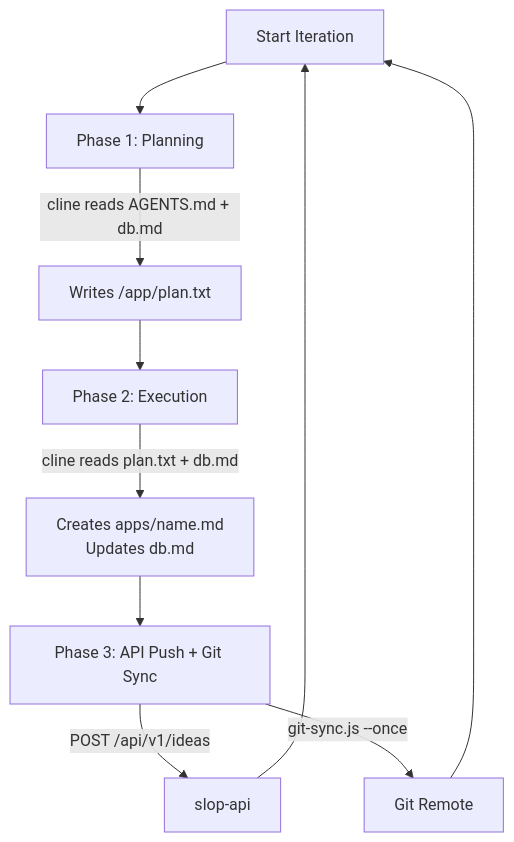
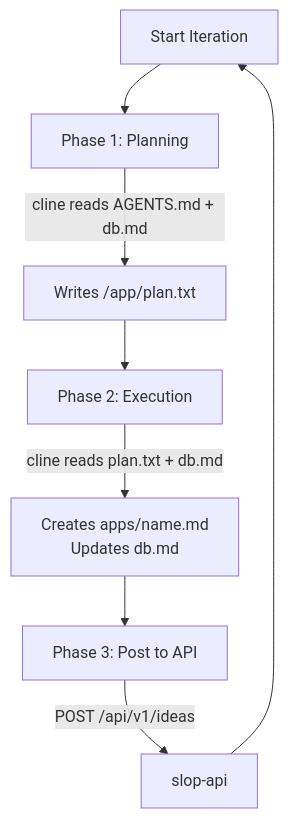
One commit to jtmb/slop-generator changed the first of 2 diagrams in docs/SLOP-PLANNER.md. Above: the diagram before and after it, drawn with Mermaid. The commit also changed other lines of this file and 103 other files, not shown here.

First line of the commit message:
refactor: replace git sync with tar.gz upload mechanism

````diff
--- a/docs/SLOP-PLANNER.md
+++ b/docs/SLOP-PLANNER.md
@@ -9,12 +9,10 @@
 ```mermaid
 flowchart TB
     S[Start Iteration] --> P1[Phase 1: Planning]
     P1 -->|cline reads AGENTS.md + db.md| W[Writes /app/plan.txt]
     W --> P2[Phase 2: Execution]
     P2 -->|cline reads plan.txt + db.md| C[Creates apps/name.md<br/>Updates db.md]
-    C --> P3[Phase 3: API Push + Git Sync]
+    C --> P3[Phase 3: Post to API]
     P3 -->|POST /api/v1/ideas| A[slop-api]
-    P3 -->|git-sync.js --once| G[Git Remote]
     A --> S
-    G --> S
 ```
````
